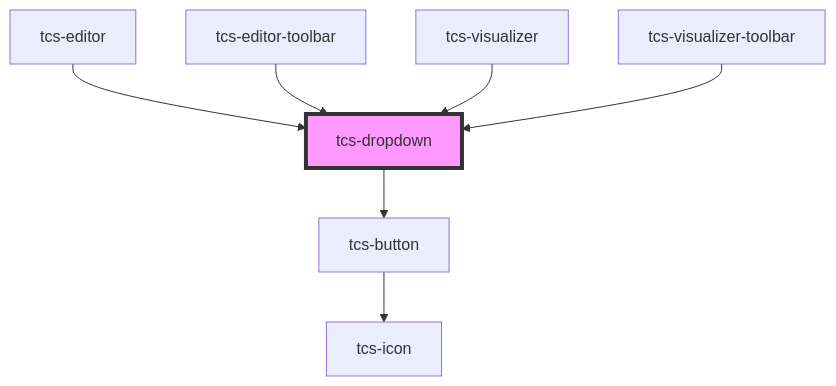
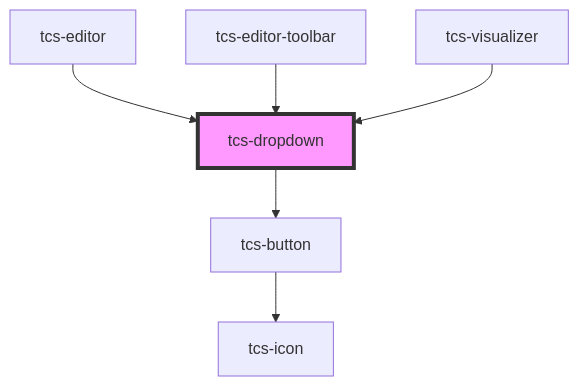
The diagram in src/components/tcs-dropdown/readme.md (scribes-app/tei-component-suite), drawn with Mermaid before and after one commit. The commit also changed other lines of this file and 10 other files, not shown here.

````diff
--- a/src/components/tcs-dropdown/readme.md
+++ b/src/components/tcs-dropdown/readme.md
@@ -55,10 +54,9 @@
 ```mermaid
 graph TD;
   tcs-dropdown --> tcs-button
   tcs-button --> tcs-icon
   tcs-editor --> tcs-dropdown
   tcs-editor-toolbar --> tcs-dropdown
   tcs-visualizer --> tcs-dropdown
-  tcs-visualizer-toolbar --> tcs-dropdown
   style tcs-dropdown fill:#f9f,stroke:#333,stroke-width:4px
 ```
````
